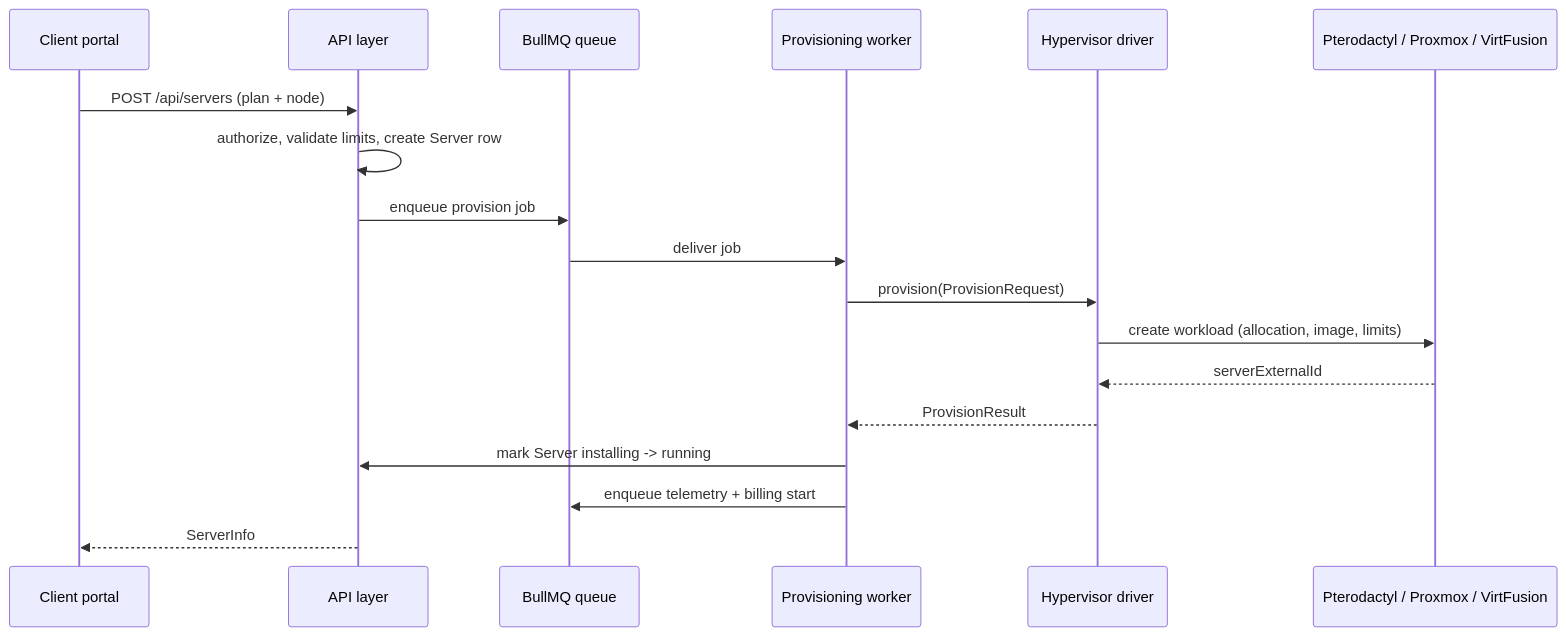
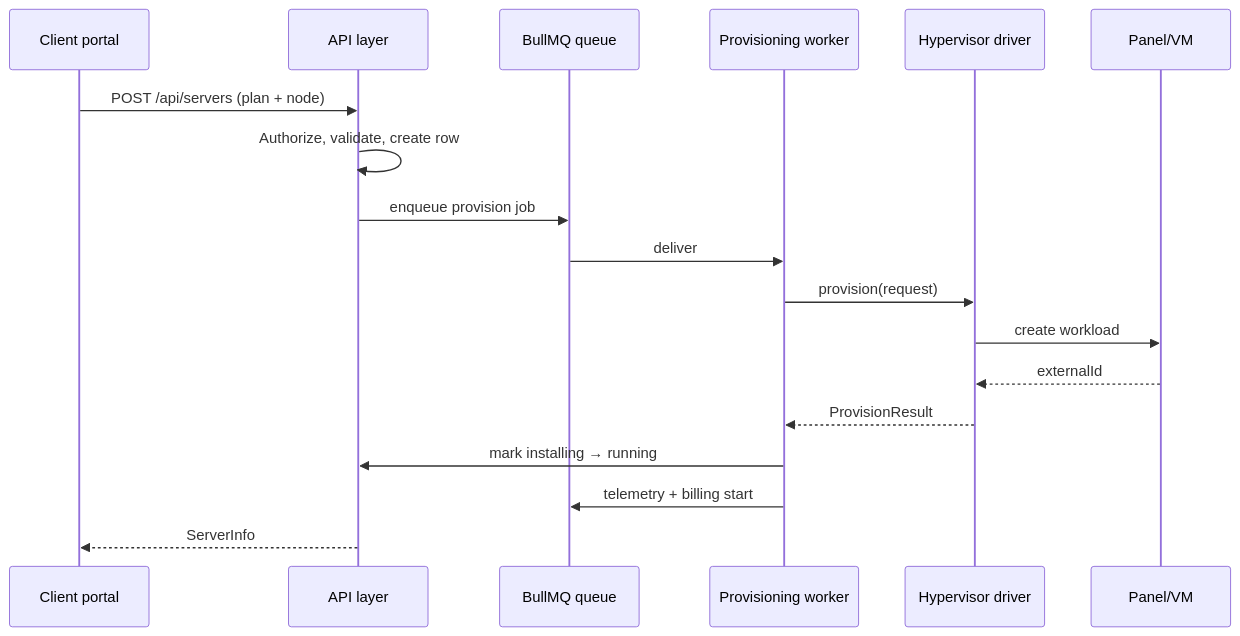
Before and after one commit to aetheris-project/aetheris-app: the second of 2 diagrams in README.md, drawn with Mermaid. The commit also changed other lines of this file and 4 other files, not shown here.

````diff
--- a/README.md
+++ b/README.md
@@ -91,21 +103,21 @@
 ```mermaid
 sequenceDiagram
   participant C as Client portal
   participant A as API layer
   participant Q as BullMQ queue
   participant W as Provisioning worker
   participant D as Hypervisor driver
-  participant P as Pterodactyl / Proxmox / VirtFusion
+  participant P as Panel/VM
 
   C->>A: POST /api/servers (plan + node)
-  A->>A: authorize, validate limits, create Server row
+  A->>A: Authorize, validate, create row
   A->>Q: enqueue provision job
-  Q->>W: deliver job
-  W->>D: provision(ProvisionRequest)
-  D->>P: create workload (allocation, image, limits)
-  P-->>D: serverExternalId
+  Q->>W: deliver
+  W->>D: provision(request)
+  D->>P: create workload
+  P-->>D: externalId
   D-->>W: ProvisionResult
-  W->>A: mark Server installing -> running
-  W->>Q: enqueue telemetry + billing start
+  W->>A: mark installing → running
+  W->>Q: telemetry + billing start
   A-->>C: ServerInfo
 ```
````
